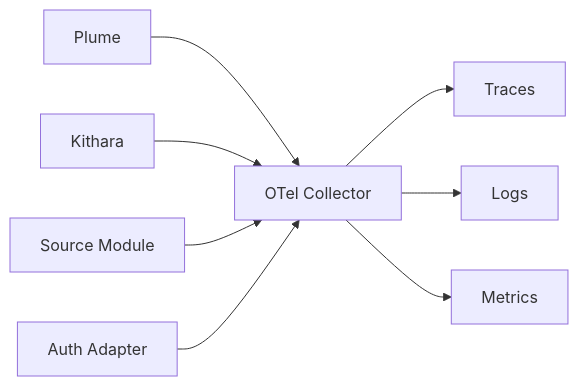
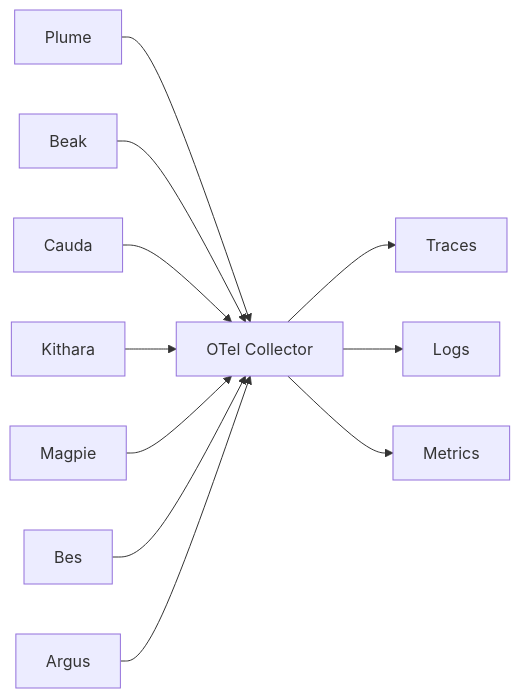
One commit to Bardie-radio/bardie-kithara changed the diagram in docs/architecture/operations/observability.md. Above: the diagram before and after it, drawn with Mermaid. The commit also changed other lines of this file and 35 other files, not shown here.

````diff
--- a/docs/architecture/operations/observability.md
+++ b/docs/architecture/operations/observability.md
@@ -3,10 +3,13 @@
 ```mermaid
 flowchart LR
   Plume --> Collector[OTel Collector]
+  Beak --> Collector
+  Cauda --> Collector
   Kithara --> Collector
-  Src[Source Module] --> Collector
-  Auth[Auth Adapter] --> Collector
+  Magpie --> Collector
+  Bes --> Collector
+  Argus --> Collector
   Collector --> Tempo[Traces]
   Collector --> Loki[Logs]
   Collector --> Prom[Metrics]
 ```
````
